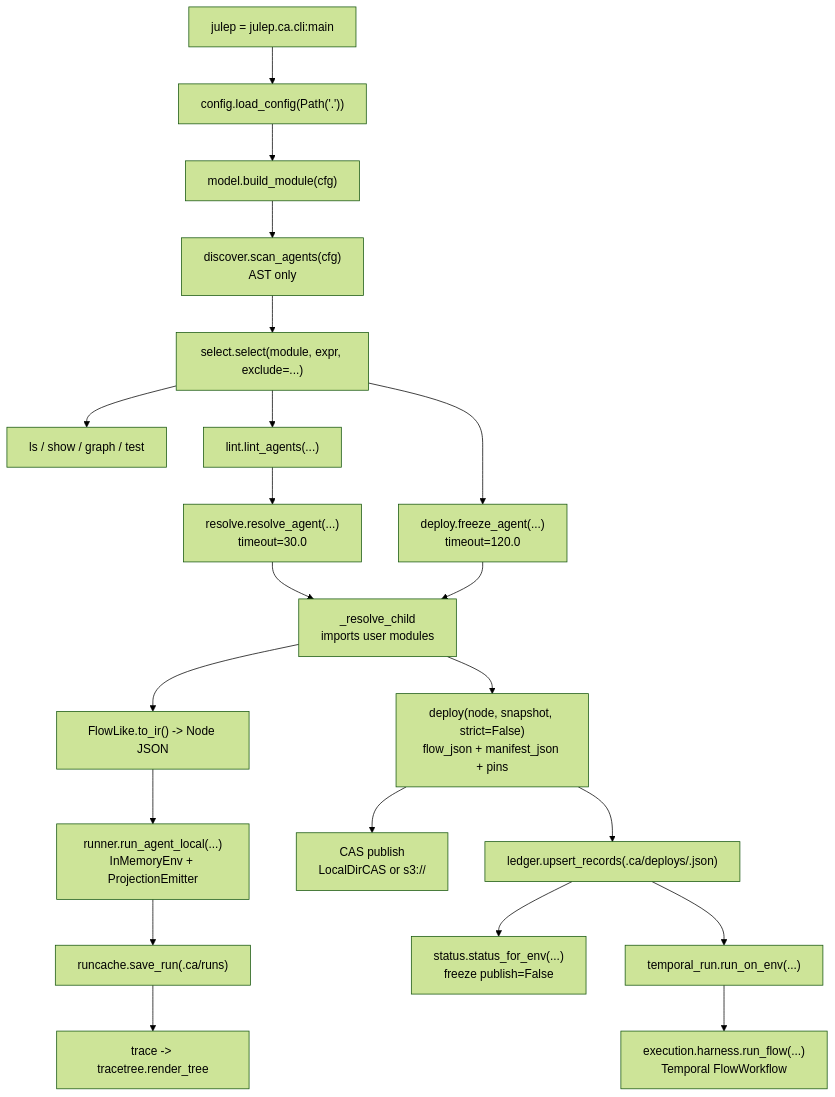
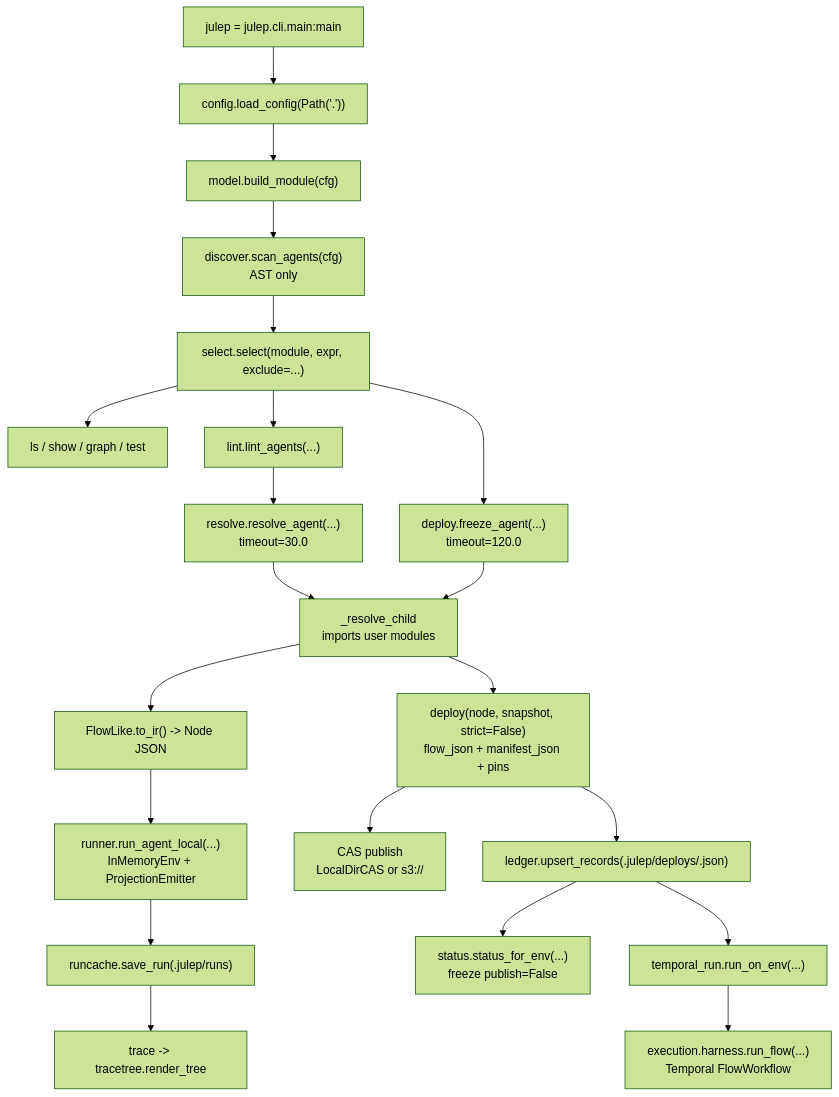
Before and after one commit to julep-ai/julep: the fifth of 5 diagrams in docs-site/content/docs/concepts/architecture.md, drawn with Mermaid (forest theme). The commit also changed other lines of this file and 279 other files, not shown here.

````diff
--- a/docs-site/content/docs/concepts/architecture.md
+++ b/docs-site/content/docs/concepts/architecture.md
@@ -1076,33 +1076,33 @@
 ```mermaid
 flowchart TD
-    entry["julep = julep.ca.cli:main"]
+    entry["julep = julep.cli.main:main"]
     cfg["config.load_config(Path('.'))"]
     module["model.build_module(cfg)"]
     scan["discover.scan_agents(cfg)\nAST only"]
     select["select.select(module, expr, exclude=...)"]
     inspect["ls / show / graph / test"]
     lint["lint.lint_agents(...)"]
     resolve["resolve.resolve_agent(...)\ntimeout=30.0"]
     child["_resolve_child\nimports user modules"]
     ir["FlowLike.to_ir() -> Node JSON"]
     local["runner.run_agent_local(...)\nInMemoryEnv + ProjectionEmitter"]
-    cache["runcache.save_run(.ca/runs)"]
+    cache["runcache.save_run(.julep/runs)"]
     trace["trace -> tracetree.render_tree"]
     freeze["deploy.freeze_agent(...)\ntimeout=120.0"]
     artifact["deploy(node, snapshot, strict=False)\nflow_json + manifest_json + pins"]
     cas["CAS publish\nLocalDirCAS or s3://"]
-    ledger["ledger.upsert_records(.ca/deploys/<env>.json)"]
+    ledger["ledger.upsert_records(.julep/deploys/<env>.json)"]
     status["status.status_for_env(...)\nfreeze publish=False"]
     remote["temporal_run.run_on_env(...)"]
     temporal["execution.harness.run_flow(...)\nTemporal FlowWorkflow"]
 
     entry --> cfg --> module --> scan --> select
     select --> inspect
     select --> lint --> resolve
     resolve --> child --> ir --> local --> cache --> trace
     select --> freeze --> child
     child --> artifact --> cas
     artifact --> ledger
     ledger --> status
     ledger --> remote --> temporal
 ```
````
